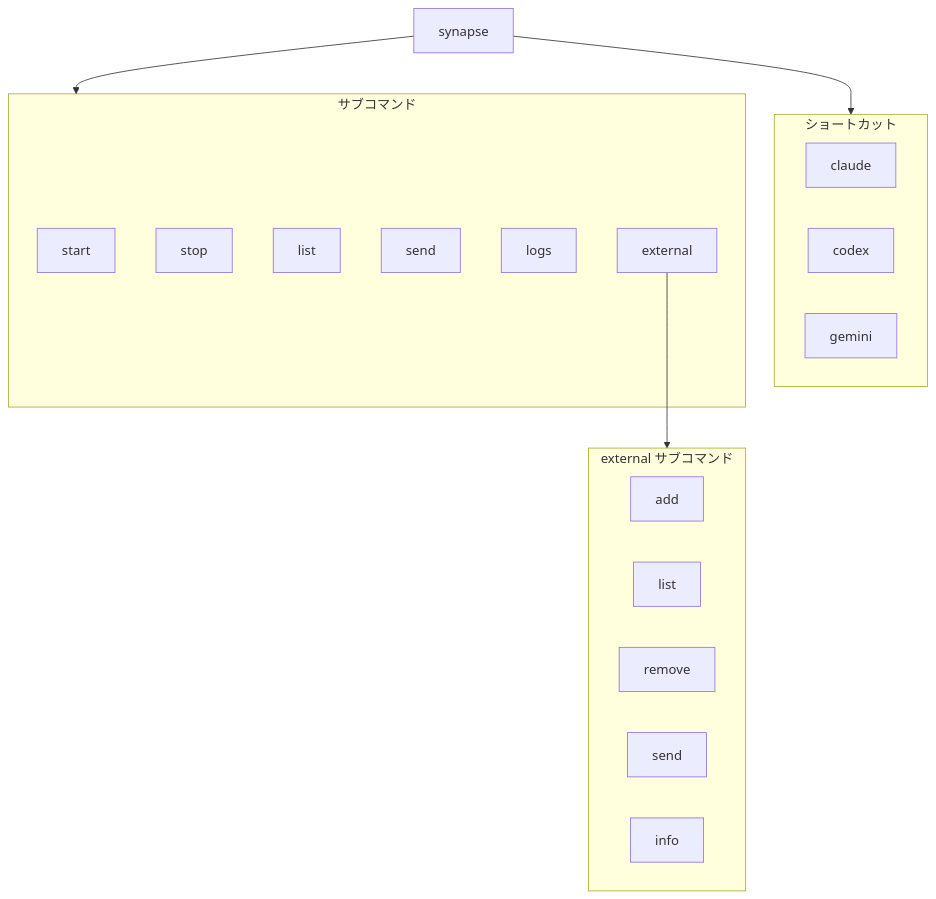
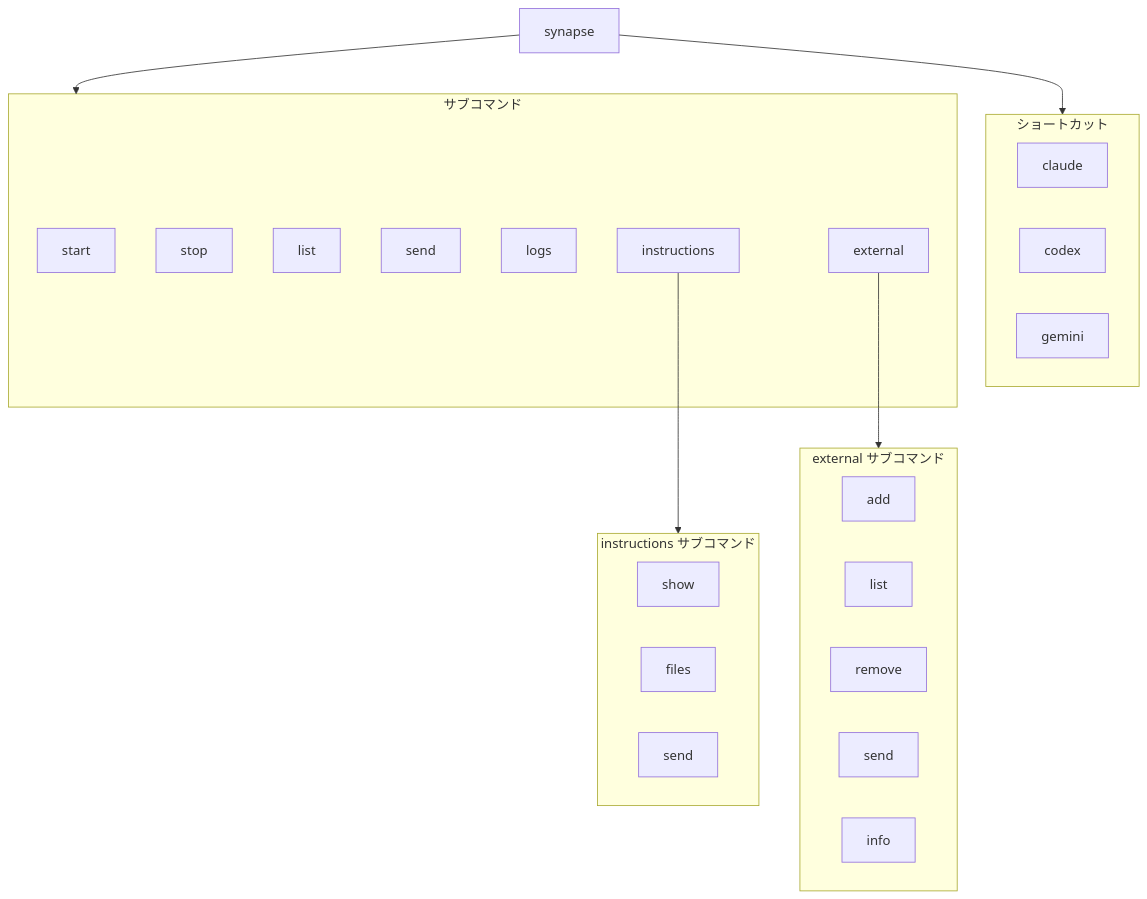
One commit to s-hiraoku/synapse-a2a changed the second of 5 diagrams in guides/usage.md. Above: the diagram before and after it, drawn with Mermaid. The commit also changed other lines of this file and 6 other files, not shown here.

````diff
--- a/guides/usage.md
+++ b/guides/usage.md
@@ -136,31 +168,39 @@
 ```mermaid
 flowchart TB
     synapse["synapse"]
 
     subgraph Shortcuts["ショートカット"]
         claude["claude"]
         codex["codex"]
         gemini["gemini"]
     end
 
     subgraph Commands["サブコマンド"]
         start["start"]
         stop["stop"]
         list["list"]
         send["send"]
         logs["logs"]
+        instructions["instructions"]
         external["external"]
+    end
+
+    subgraph Instructions["instructions サブコマンド"]
+        inst_show["show"]
+        inst_files["files"]
+        inst_send["send"]
     end
 
     subgraph External["external サブコマンド"]
         ext_add["add"]
         ext_list["list"]
         ext_remove["remove"]
         ext_send["send"]
         ext_info["info"]
     end
 
     synapse --> Shortcuts
     synapse --> Commands
+    instructions --> Instructions
     external --> External
 ```
````
